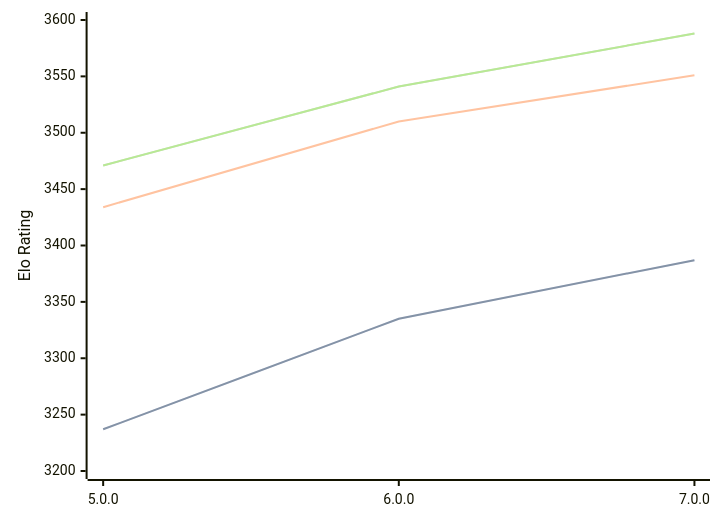
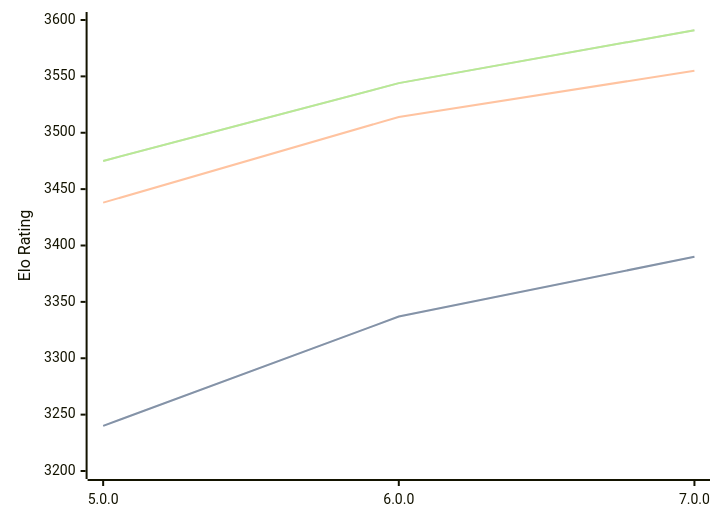
Before and after one commit to computer-chess-index/cci: the diagram in engines/Stormphrax.md, drawn with Mermaid. The commit also changed other lines of this file, not shown here.

Commit message:
Update CCI Ratings (ELO VLTC) - 2026-04-30

````diff
--- a/engines/Stormphrax.md
+++ b/engines/Stormphrax.md
@@ -38,11 +38,11 @@
 ```mermaid
 %%{init: {"theme":"base","themeVariables":{"seriesColors:['#a3a3a3','#222221','#faa371']}}}%%
 xychart-beta
   x-axis ["5.0.0", "6.0.0", "7.0.0"]
   y-axis "Elo Rating" 3200 --> 3600
-  line "STC (8.0+0.08s)" [3237, 3335, 3387]
-  line "STC (8.0+0.08s)" [3237, 3335, 3387]
-  line "LTC (60.0+0.60s)" [3434, 3510, 3551]
-  line "VLTC (2m24s+1.12s)" [3471, 3541, 3588]
-  line "VLTC (2m24s+1.12s)" [3471, 3541, 3588]
+  line "STC (8.0+0.08s)" [3240, 3337, 3390]
+  line "STC (8.0+0.08s)" [3240, 3337, 3390]
+  line "LTC (60.0+0.60s)" [3438, 3514, 3555]
+  line "VLTC (2m24s+1.12s)" [3475, 3544, 3591]
+  line "VLTC (2m24s+1.12s)" [3475, 3544, 3591]
 ```
````
